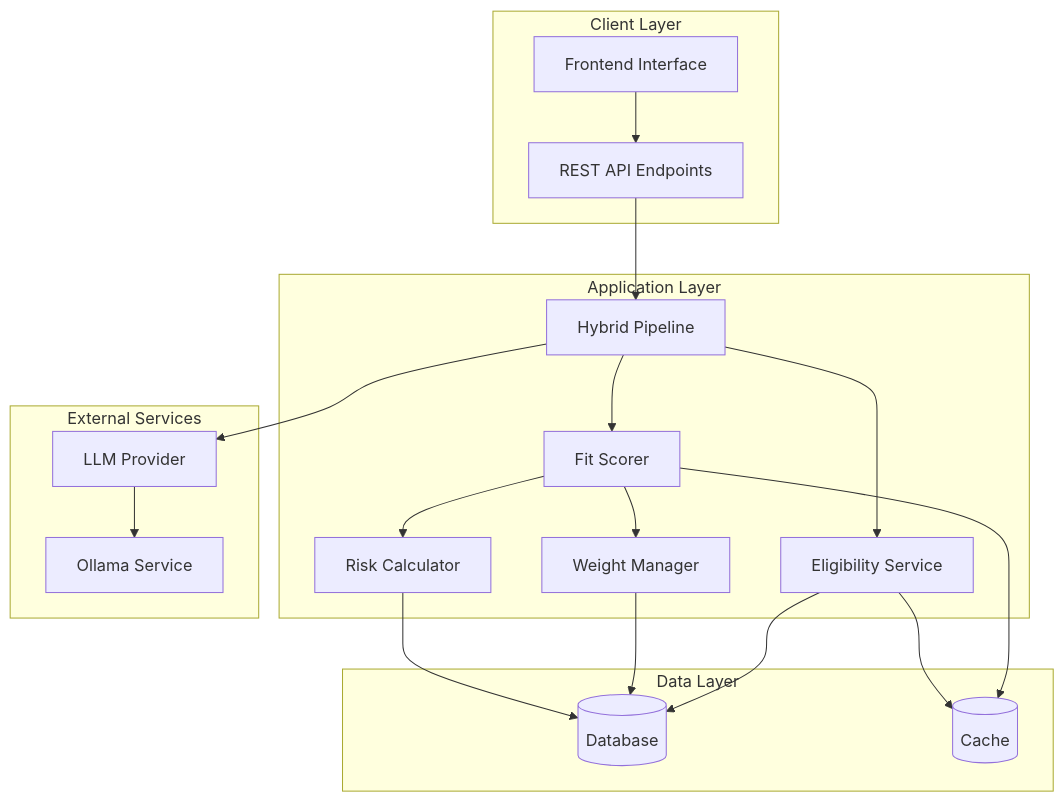
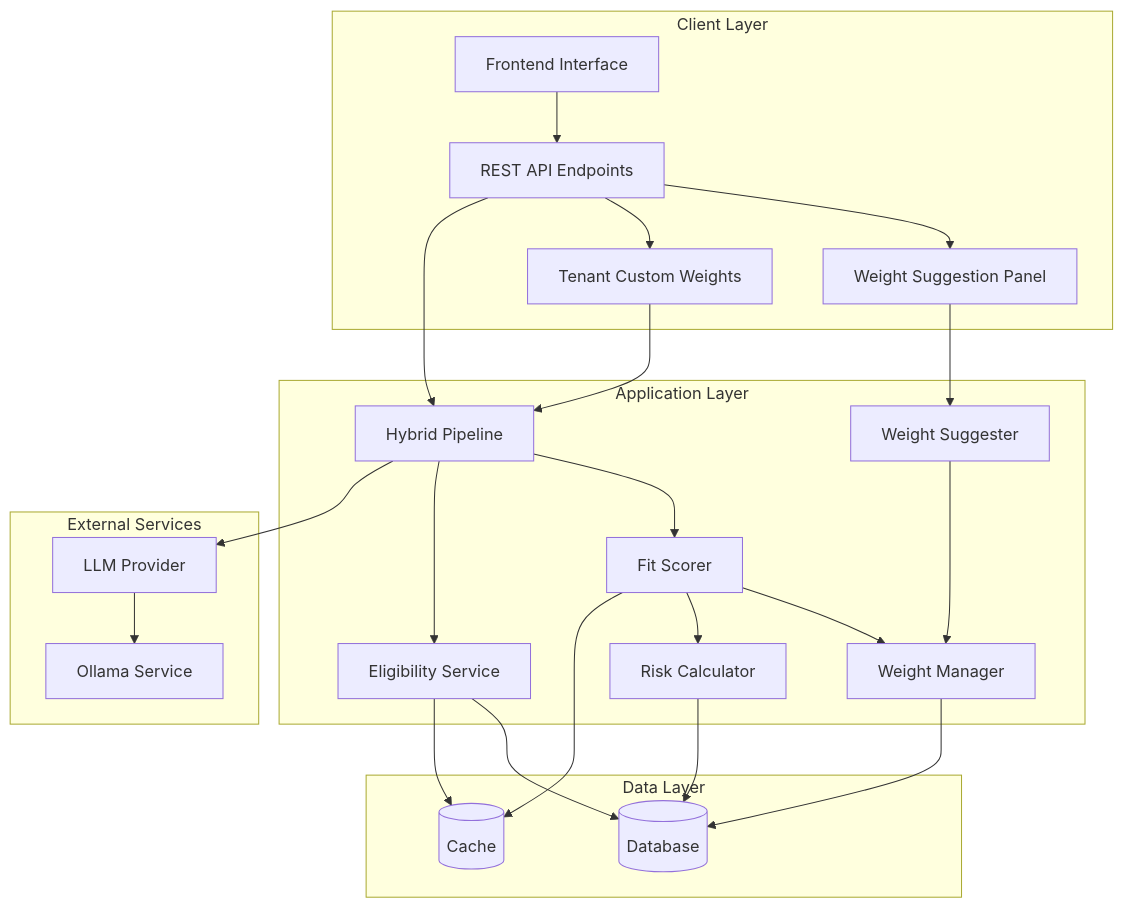
The first of 8 diagrams in .qoder/repowiki/en/content/Analysis Engine/Fit Scoring System.md (Revanththetalogics/aireume), drawn with Mermaid before and after one commit. The commit also changed other lines of this file and 11 other files, not shown here.

````diff
--- a/.qoder/repowiki/en/content/Analysis Engine/Fit Scoring System.md
+++ b/.qoder/repowiki/en/content/Analysis Engine/Fit Scoring System.md
@@ -40,35 +51,43 @@
 ```mermaid
 graph TB
 subgraph "Client Layer"
 UI[Frontend Interface]
 API[REST API Endpoints]
+WeightPanel[Weight Suggestion Panel]
+CustomWeights[Tenant Custom Weights]
 end
 subgraph "Application Layer"
 HP[Hybrid Pipeline]
 FS[Fit Scorer]
 WM[Weight Manager]
 ES[Eligibility Service]
 RS[Risk Calculator]
+WS[Weight Suggester]
 end
 subgraph "Data Layer"
 DB[(Database)]
 CACHE[(Cache)]
 end
 subgraph "External Services"
 LLM[LLM Provider]
 OLLAMA[Ollama Service]
 end
 UI --> API
+API --> WeightPanel
+API --> CustomWeights
+WeightPanel --> WS
+CustomWeights --> HP
 API --> HP
 HP --> FS
 HP --> ES
 FS --> WM
 FS --> RS
 ES --> DB
 WM --> DB
 RS --> DB
+WS --> WM
 HP --> LLM
 LLM --> OLLAMA
 FS --> CACHE
 ES --> CACHE
 ```
````
